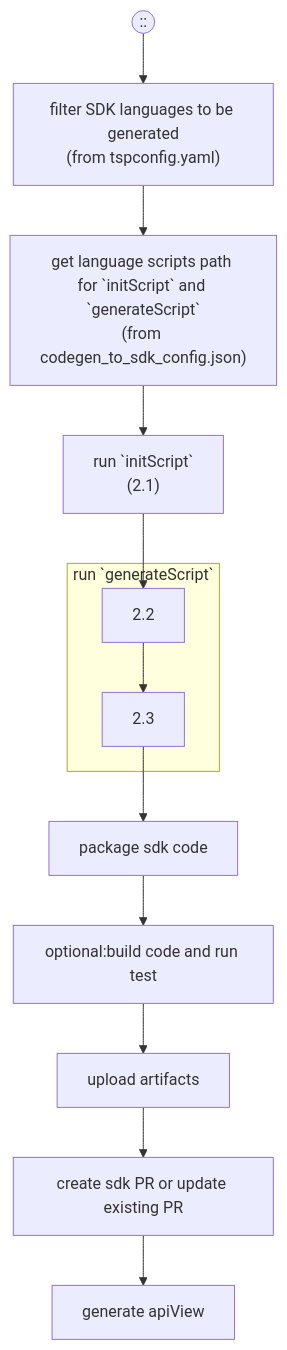
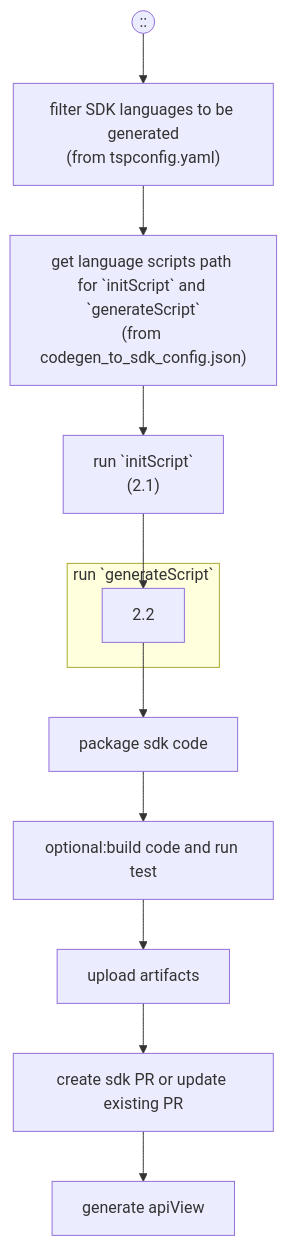
The fourth of 5 diagrams in documentation/typespec-end-to-end-scenarios.md (Azure/azure-rest-api-specs), drawn with Mermaid before and after one commit. The commit also changed other lines of this file, not shown here.

````diff
--- a/documentation/typespec-end-to-end-scenarios.md
+++ b/documentation/typespec-end-to-end-scenarios.md
@@ -195,22 +193,20 @@
 ```mermaid
 flowchart TD;
   classDef highlight fill:#ffd700
   Pipeline((::))-->A
 A["filter SDK languages to be generated
 (from tspconfig.yaml)"]-->B
 B["get language scripts path for `initScript` and `generateScript`
 (from codegen_to_sdk_config.json)"]-->C
 C["run `initScript`
 (2.1)"]-->G
 subgraph D["run `generateScript`"]
   G
-  H
 end
-G["2.2"]-->H
-H["2.3"]-->I
+G["2.2"]-->I
 I["package sdk code"]-->J
 J["optional:build code and run test"]-->K
 K["upload artifacts"]-->L
 L["create sdk PR or update existing PR"]-->M
 M["generate apiView"]
 ```
````
